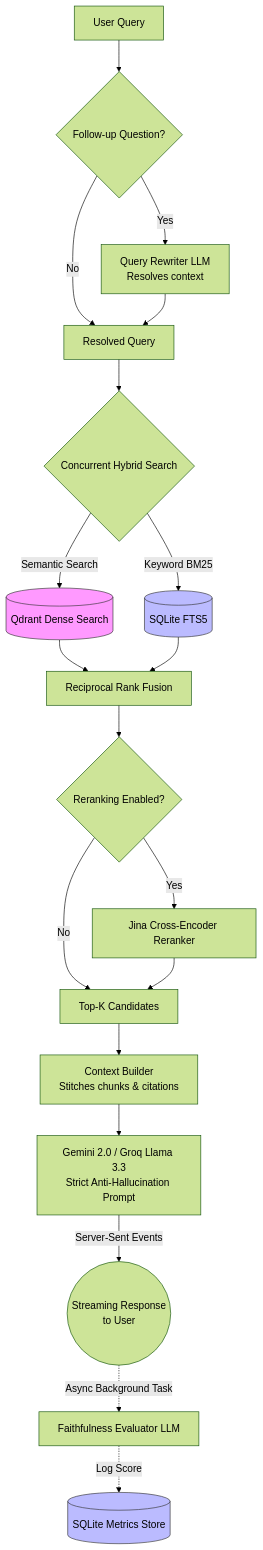
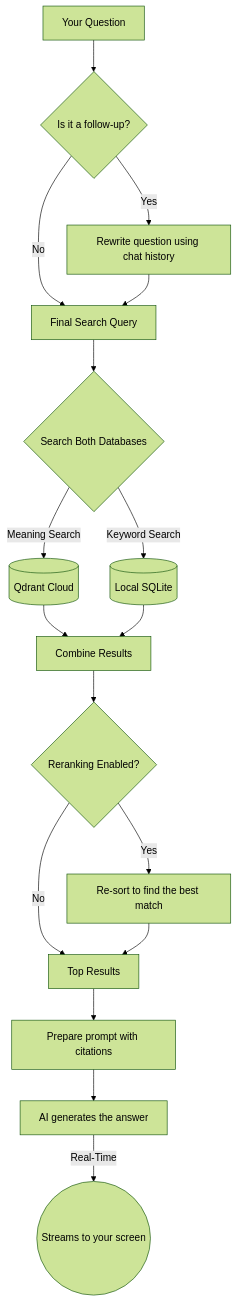
One commit to rudrabaru/nexus-rag changed the third of 4 diagrams in README.md. Above: the diagram before and after it, drawn with Mermaid (forest theme). The commit also changed other lines of this file, not shown here.

````diff
--- a/README.md
+++ b/README.md
@@ -171,37 +168,29 @@
 ```mermaid
 graph TD
-    A[User Query] --> B{Follow-up Question?}
+    A[Your Question] --> B{Is it a follow-up?}
     
     %% Rewriting
-    B -->|Yes| C[Query Rewriter LLM<br/>Resolves context]
-    B -->|No| D[Resolved Query]
+    B -->|Yes| C[Rewrite question using chat history]
+    B -->|No| D[Final Search Query]
     C --> D
     
     %% Hybrid Retrieval
-    D --> E{Concurrent Hybrid Search}
-    E -->|Semantic Search| F[(Qdrant Dense Search)]
-    E -->|Keyword BM25| G[(SQLite FTS5)]
+    D --> E{Search Both Databases}
+    E -->|Meaning Search| F[(Qdrant Cloud)]
+    E -->|Keyword Search| G[(Local SQLite)]
     
-    F --> H[Reciprocal Rank Fusion]
+    F --> H[Combine Results]
     G --> H
     
     %% Refinement
     H --> I{Reranking Enabled?}
-    I -->|Yes| J[Jina Cross-Encoder Reranker]
-    I -->|No| K[Top-K Candidates]
+    I -->|Yes| J[Re-sort to find the best match]
+    I -->|No| K[Top Results]
     J --> K
     
     %% Generation
-    K --> L[Context Builder<br/>Stitches chunks & citations]
-    L --> M[Gemini 2.0 / Groq Llama 3.3<br/>Strict Anti-Hallucination Prompt]
+    K --> L[Prepare prompt with citations]
+    L --> M[AI generates the answer]
     
-    M -->|Server-Sent Events| N((Streaming Response<br/>to User))
-    
-    %% Evaluation
-    N -.->|Async Background Task| O[Faithfulness Evaluator LLM]
-    O -.->|Log Score| P[(SQLite Metrics Store)]
-    
-    style F fill:#f9f,stroke:#333
-    style G fill:#bbf,stroke:#333
-    style P fill:#bbf,stroke:#333
+    M -->|Real-Time| N((Streams to your screen))
 ```
````
